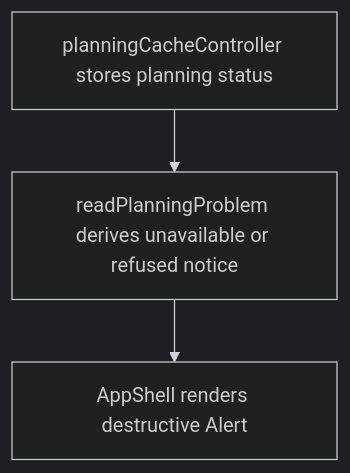
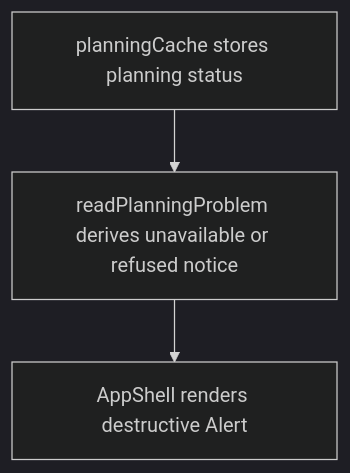
Before and after one commit to Kevinjohn/capacitylens: the second of 2 diagrams in user-stories/navigation/US-NAV-04-persist-error-banner.md, drawn with Mermaid (dark theme). The commit also changed other lines of this file and 117 other files, not shown here.

First line of the commit message:
Planning cache: rename the planning cache controller family

````diff
--- a/user-stories/navigation/US-NAV-04-persist-error-banner.md
+++ b/user-stories/navigation/US-NAV-04-persist-error-banner.md
@@ -34,5 +34,5 @@
 ```mermaid
 flowchart TD
-  request["planningCacheController stores planning status"] --> status["readPlanningProblem derives unavailable or refused notice"]
+  request["planningCache stores planning status"] --> status["readPlanningProblem derives unavailable or refused notice"]
   status --> alert["AppShell renders destructive Alert"]
 ```
````
